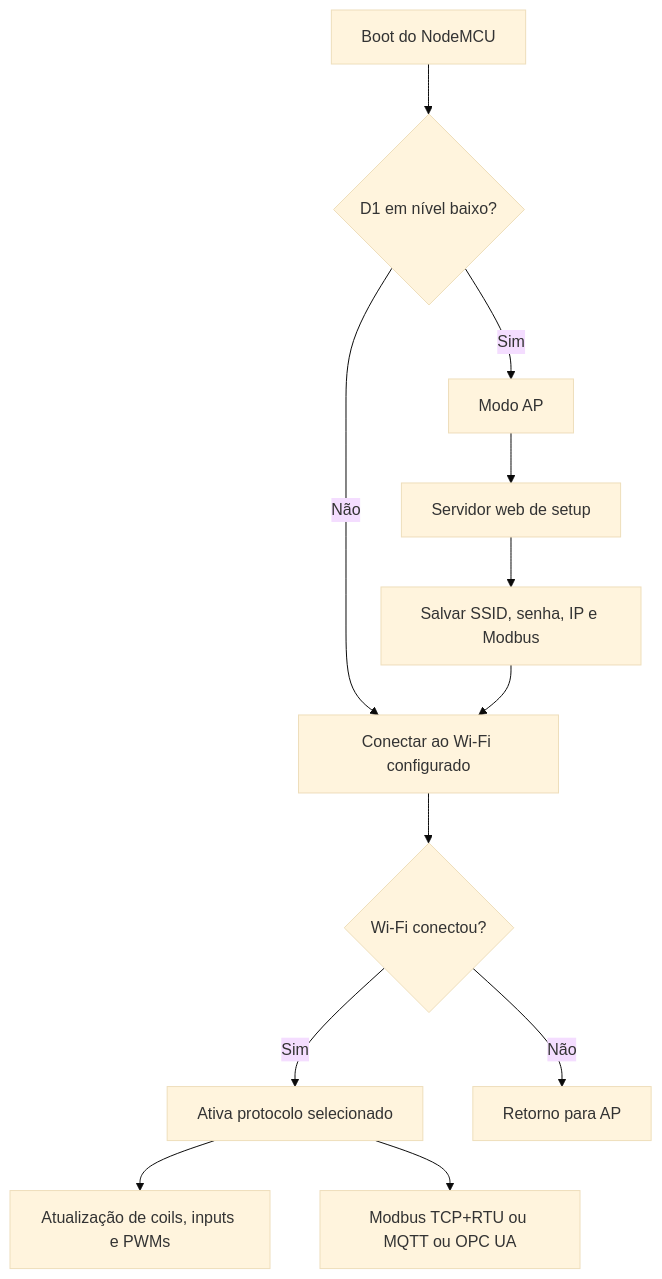
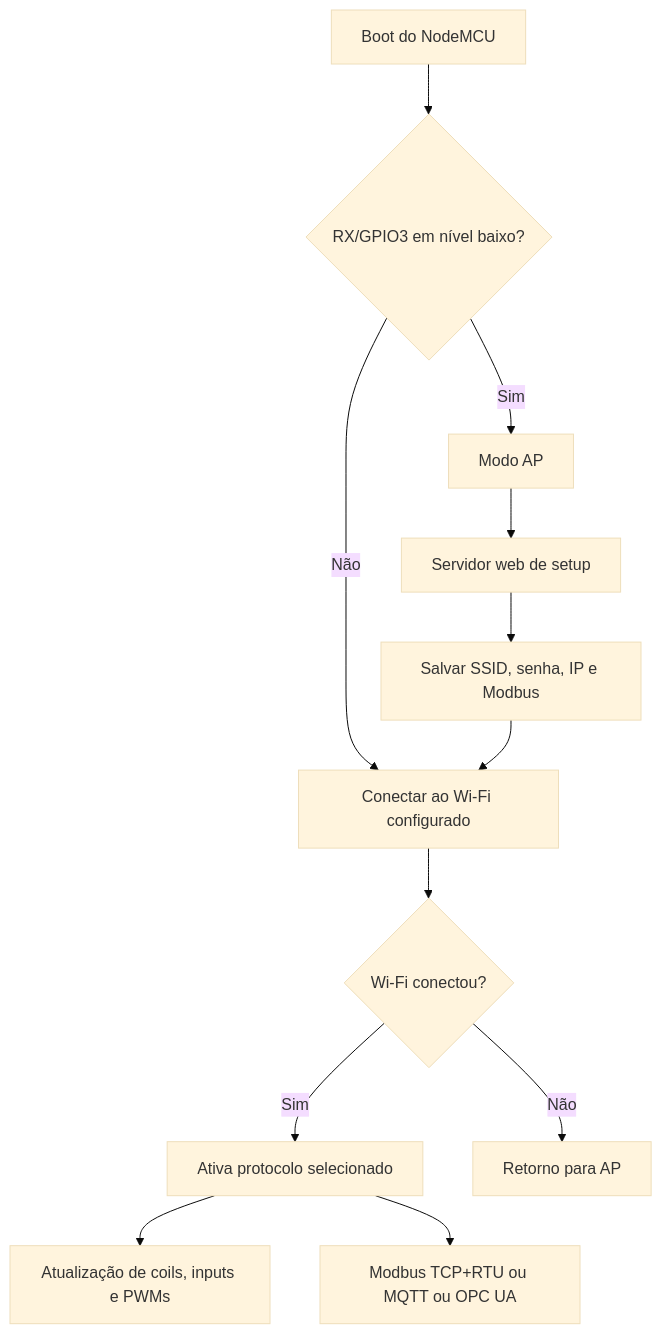
One commit to wvianna/pcb-moduloDidatico-SCADA-IoT-firmware changed the first of 4 diagrams in README.md. Above: the diagram before and after it, drawn with Mermaid (base theme). The commit also changed other lines of this file and 9 other files, not shown here.

````diff
--- a/README.md
+++ b/README.md
@@ -124,14 +124,14 @@
 ```mermaid
 flowchart TD
-  A[Boot do NodeMCU] --> B{D1 em nível baixo?}
+  A[Boot do NodeMCU] --> B{RX/GPIO3 em nível baixo?}
   B -->|Sim| C[Modo AP]
   B -->|Não| D[Conectar ao Wi-Fi configurado]
   C --> E[Servidor web de setup]
   E --> F[Salvar SSID, senha, IP e Modbus]
   F --> D
   D --> G{Wi-Fi conectou?}
   G -->|Sim| H[Ativa protocolo selecionado]
   G -->|Não| I[Retorno para AP]
   H --> J[Atualização de coils, inputs e PWMs]
   H --> K[Modbus TCP+RTU ou MQTT ou OPC UA]
 ```
````
